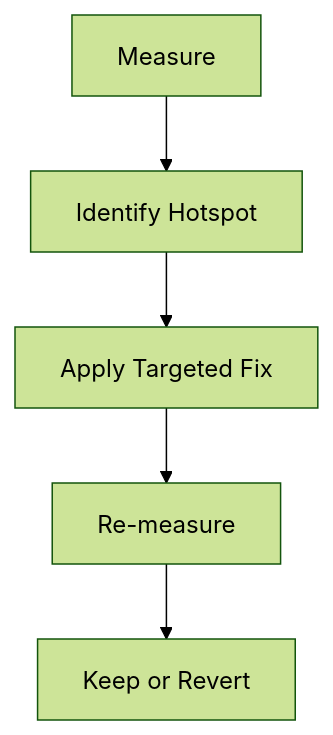
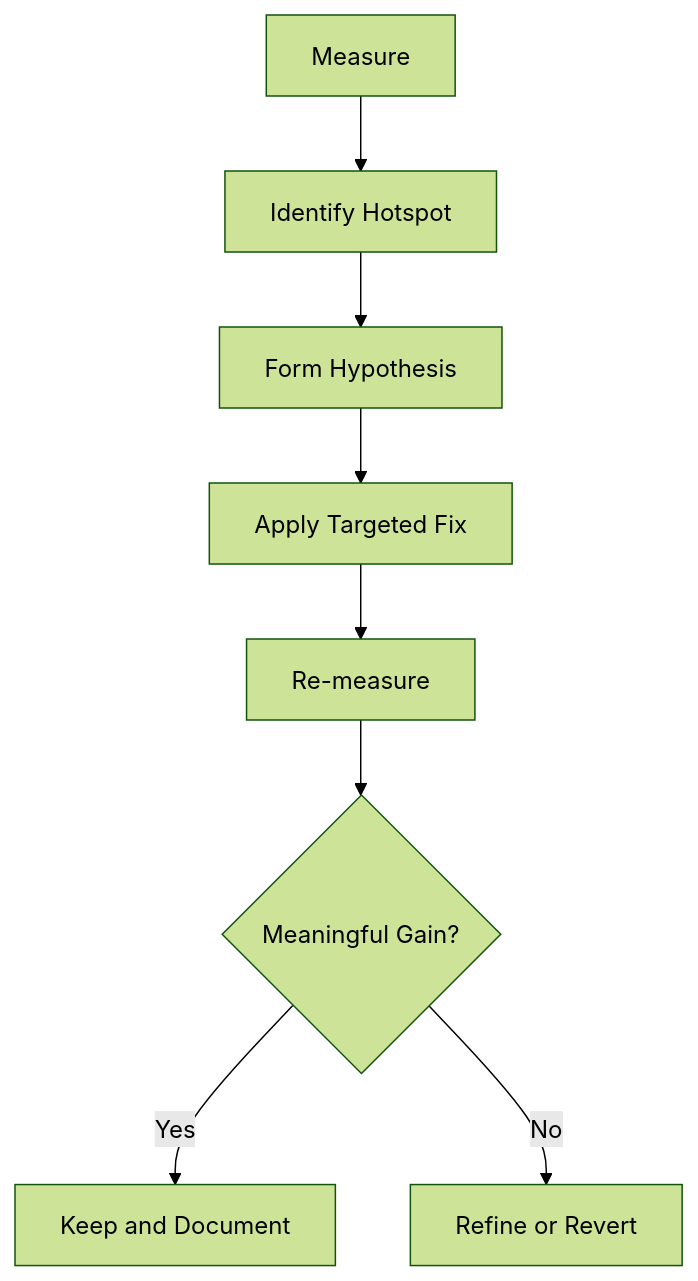
Before and after one commit to kaushalkumar8459/CodingTerminal-Tutorial-Notes: the diagram in tutorial-platform/public/tutorials/react/day-058-performance-optimization.md, drawn with Mermaid (forest theme). The commit also changed other lines of this file, not shown here.

````diff
--- a/tutorial-platform/public/tutorials/react/day-058-performance-optimization.md
+++ b/tutorial-platform/public/tutorials/react/day-058-performance-optimization.md
@@ -179,7 +244,10 @@
 ```mermaid
 flowchart TD
 		A[Measure] --> B[Identify Hotspot]
-		B --> C[Apply Targeted Fix]
-		C --> D[Re-measure]
-		D --> E[Keep or Revert]
+		B --> C[Form Hypothesis]
+		C --> D[Apply Targeted Fix]
+		D --> E[Re-measure]
+		E --> F{Meaningful Gain?}
+		F -->|Yes| G[Keep and Document]
+		F -->|No| H[Refine or Revert]
 ```
````
